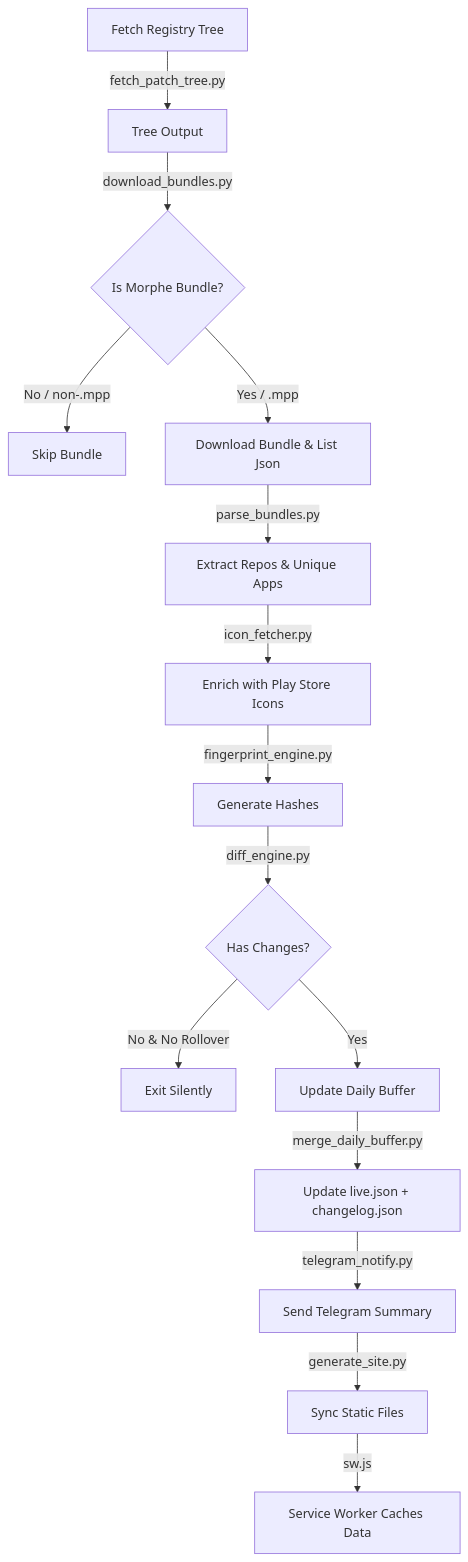
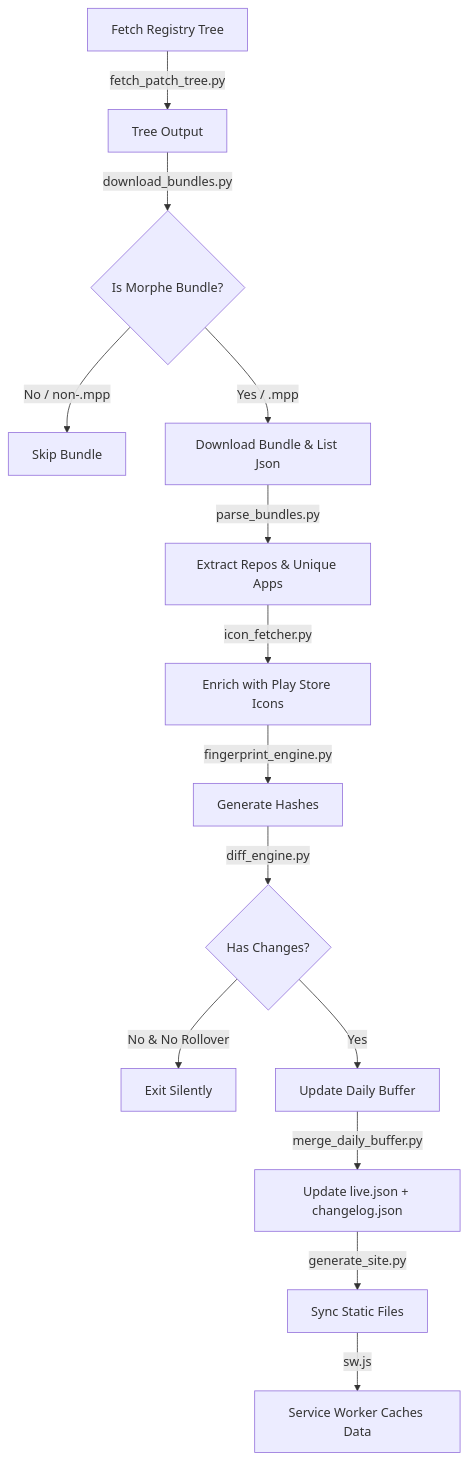
Before and after one commit to drnx64/morphe-track-patches: the diagram in README.md, drawn with Mermaid. The commit also changed other lines of this file and 25 other files, not shown here.

````diff
--- a/README.md
+++ b/README.md
@@ -62,17 +61,16 @@
 ```mermaid
 graph TD
     A[Fetch Registry Tree] -->|fetch_patch_tree.py| B[Tree Output]
     B -->|download_bundles.py| C{Is Morphe Bundle?}
     C -->|No / non-.mpp| D[Skip Bundle]
     C -->|Yes / .mpp| E[Download Bundle & List Json]
     E -->|parse_bundles.py| F[Extract Repos & Unique Apps]
     F -->|icon_fetcher.py| G[Enrich with Play Store Icons]
     G -->|fingerprint_engine.py| H[Generate Hashes]
     H -->|diff_engine.py| I{Has Changes?}
     I -->|No & No Rollover| J[Exit Silently]
     I -->|Yes| K[Update Daily Buffer]
     K -->|merge_daily_buffer.py| L[Update live.json + changelog.json]
-    L -->|telegram_notify.py| M[Send Telegram Summary]
-    M -->|generate_site.py| N[Sync Static Files]
+    L -->|generate_site.py| N[Sync Static Files]
     N -->|sw.js| O[Service Worker Caches Data]
 ```
````
